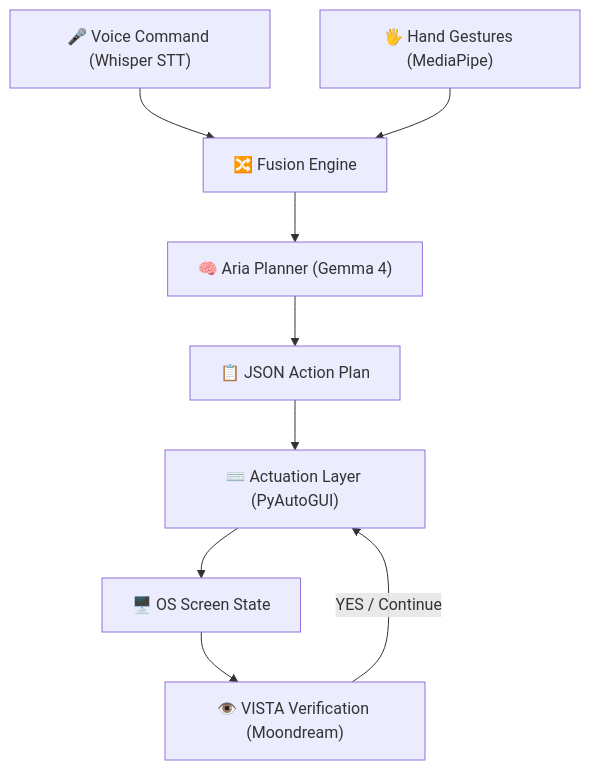
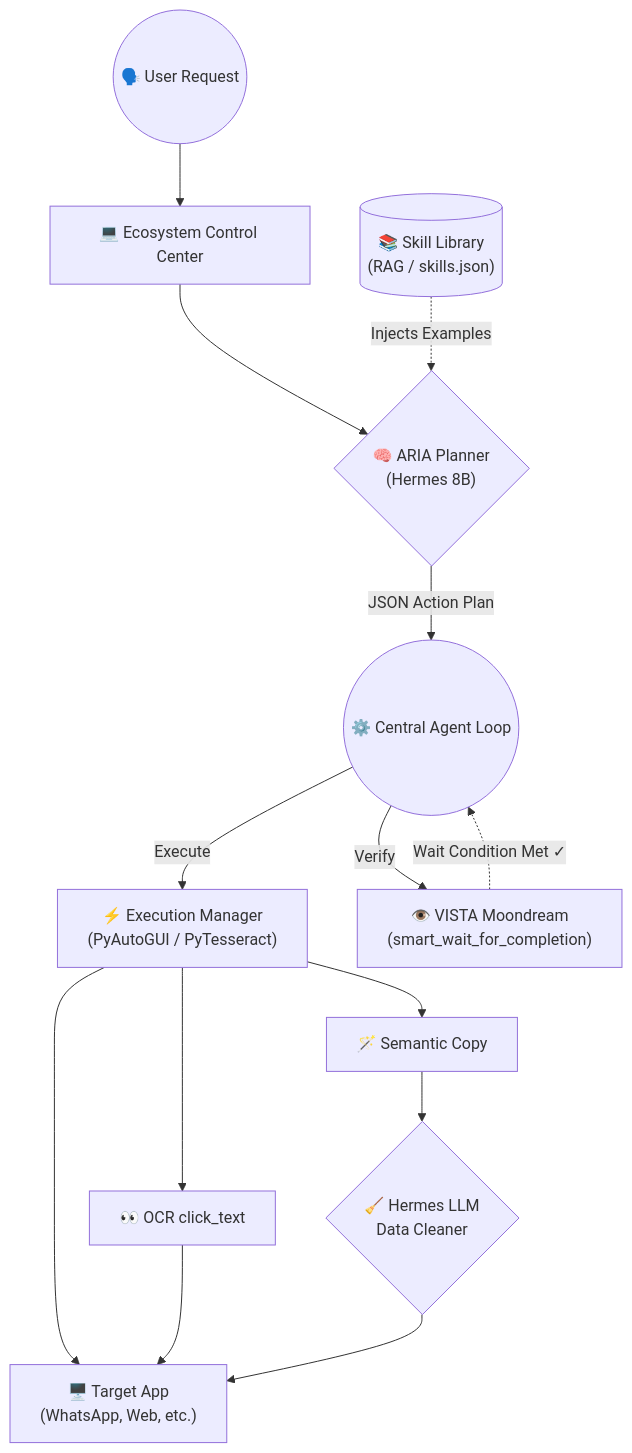
One commit to Anikesh0415/Forge changed the diagram in README.md. Above: the diagram before and after it, drawn with Mermaid. The commit also changed other lines of this file, not shown here.

Commit message:
docs: update README with Hermes 8B RAG integration, OCR click_text, and LLM Semantic Copy architecture

````diff
--- a/README.md
+++ b/README.md
@@ -21,11 +23,22 @@
 ```mermaid
 graph TD
-    Voice["🎤 Voice Command (Whisper STT)"] --> Fusion["🔀 Fusion Engine"]
-    Gestures["🖐️ Hand Gestures (MediaPipe)"] --> Fusion
-    Fusion --> LMStudio["🧠 Aria Planner (Gemma 4)"]
-    LMStudio --> Plan["📋 JSON Action Plan"]
-    Plan --> Actuator["⌨️ Actuation Layer (PyAutoGUI)"]
-    Actuator --> Screen["🖥️ OS Screen State"]
-    Screen --> Vista["👁️ VISTA Verification (Moondream)"]
-    Vista --> |YES / Continue| Actuator
+    User(("🗣️ User Request")) --> UI["💻 Ecosystem Control Center"]
+    UI --> Planner{"🧠 ARIA Planner\n(Hermes 8B)"}
+    SkillDB[("📚 Skill Library\n(RAG / skills.json)")] -.->|Injects Examples| Planner
+    
+    Planner -->|JSON Action Plan| AgentLoop(("⚙️ Central Agent Loop"))
+    
+    AgentLoop -->|Execute| ExecMgr["⚡ Execution Manager\n(PyAutoGUI / PyTesseract)"]
+    AgentLoop -->|Verify| VistaWait["👁️ VISTA Moondream\n(smart_wait_for_completion)"]
+    
+    VistaWait -.->|Wait Condition Met ✓| AgentLoop
+    
+    ExecMgr --> TargetApp["🖥️ Target App\n(WhatsApp, Web, etc.)"]
+    
+    ExecMgr --> OCRClick["👀 OCR click_text"]
+    OCRClick --> TargetApp
+    
+    ExecMgr --> SemanticCopy["🪄 Semantic Copy"]
+    SemanticCopy --> HermesFilter{"🧹 Hermes LLM\nData Cleaner"}
+    HermesFilter --> TargetApp
 ```
````
